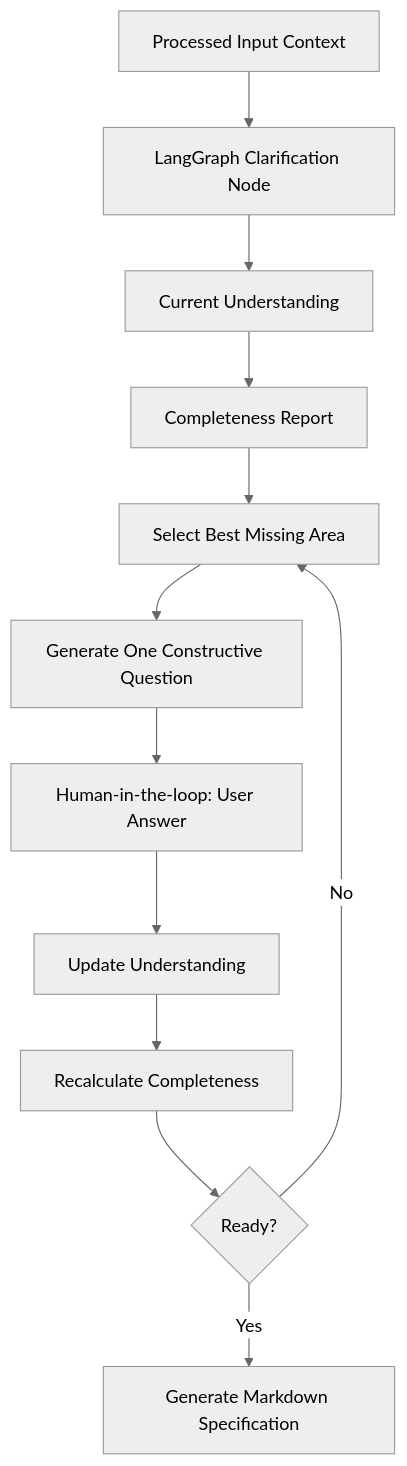
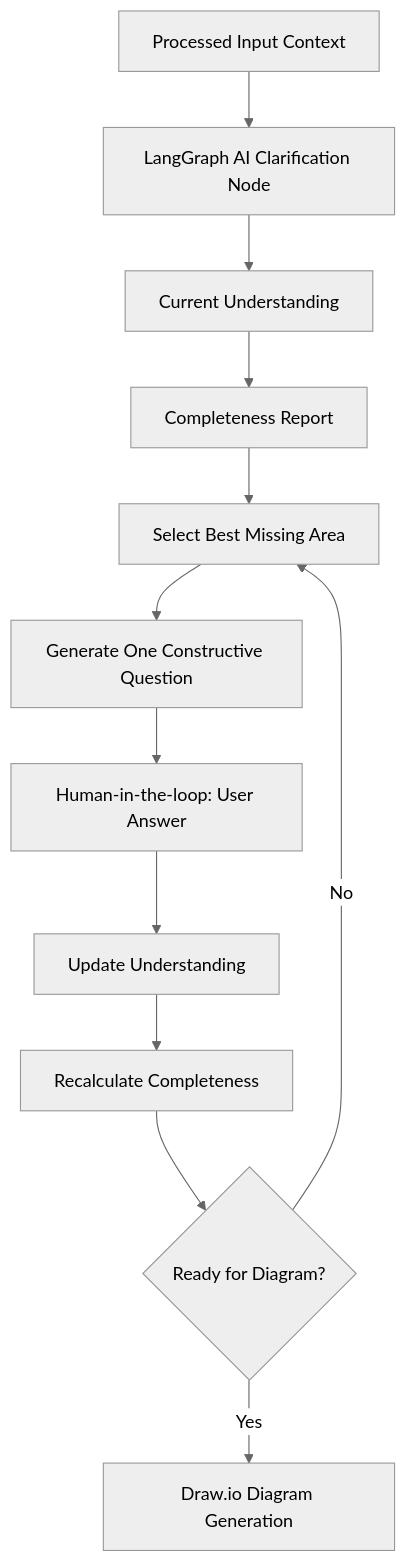
One commit to ProductMasterz/Mujarrad-Frontend changed the fifth of 19 diagrams in Docs/system-design-detailed-plan.md. Above: the diagram before and after it, drawn with Mermaid (neutral theme). The commit also changed other lines of this file, not shown here.

Commit message:
Sync corrected system design roadmap

````diff
--- a/Docs/system-design-detailed-plan.md
+++ b/Docs/system-design-detailed-plan.md
@@ -680,14 +760,14 @@
 ```mermaid
 flowchart TD
-    A[Processed Input Context] --> B[LangGraph Clarification Node]
+    A[Processed Input Context] --> B[LangGraph AI Clarification Node]
     B --> C[Current Understanding]
     C --> D[Completeness Report]
     D --> E[Select Best Missing Area]
     E --> F[Generate One Constructive Question]
     F --> G[Human-in-the-loop: User Answer]
     G --> H[Update Understanding]
     H --> I[Recalculate Completeness]
-    I --> J{Ready?}
+    I --> J{Ready for Diagram?}
     J -->|No| E
-    J -->|Yes| K[Generate Markdown Specification]
+    J -->|Yes| K[Draw.io Diagram Generation]
 ```
````
